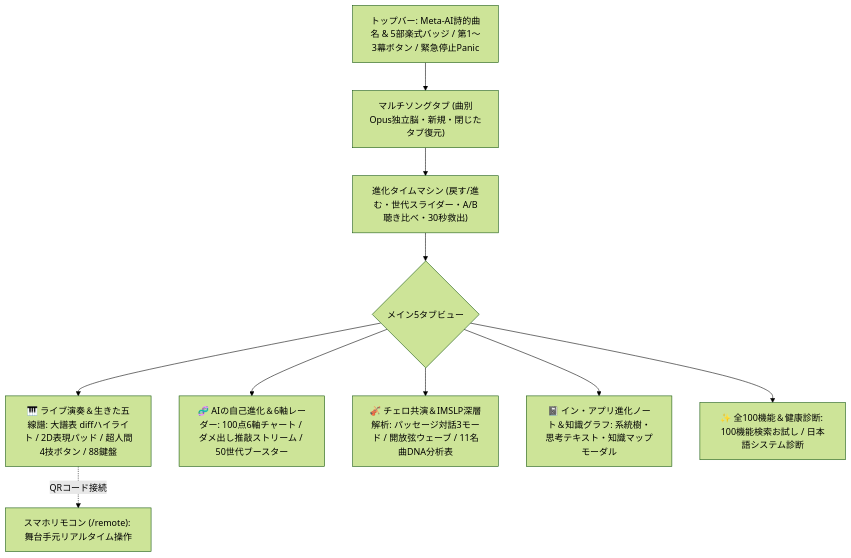
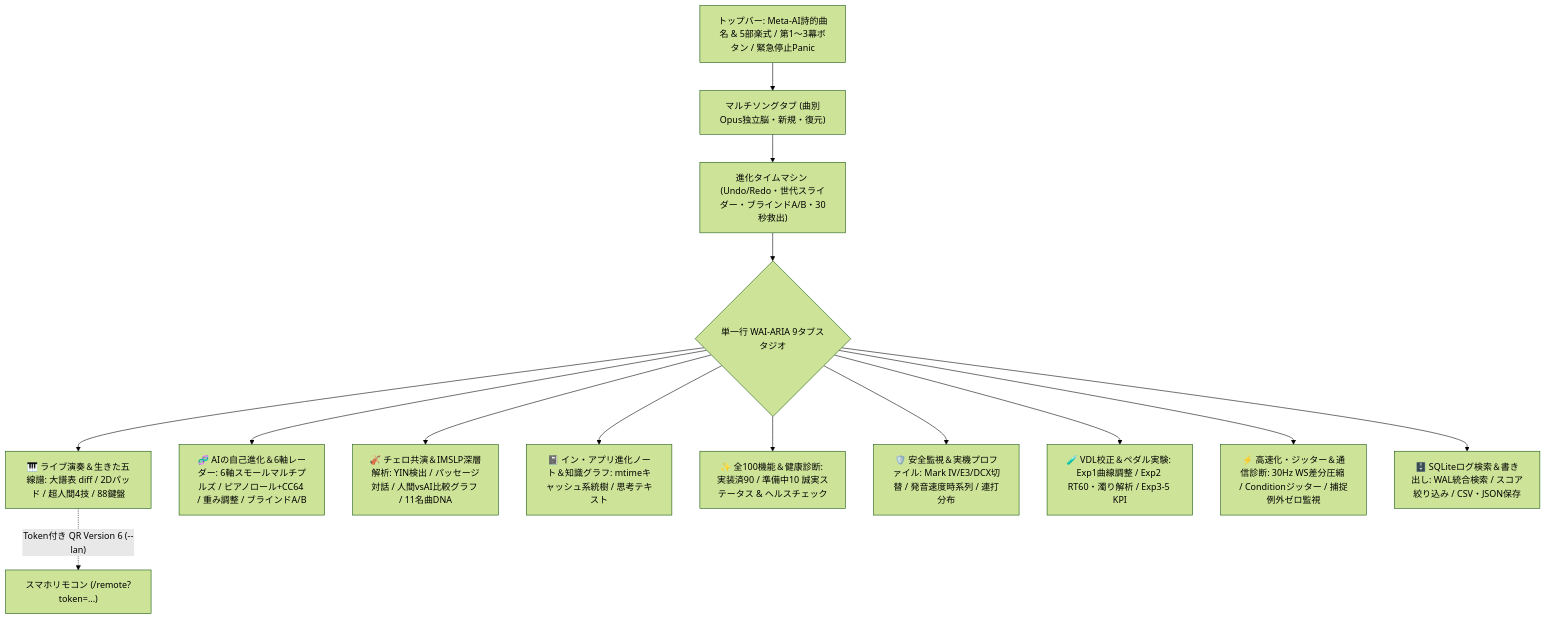
One commit to AI-Avalon/Disklavier-Auto changed the fifth of 5 diagrams in README.md. Above: the diagram before and after it, drawn with Mermaid (forest theme). The commit also changed other lines of this file and 35 other files, not shown here.

````diff
--- a/README.md
+++ b/README.md
@@ -127,12 +127,16 @@
 ```mermaid
 flowchart TD
-    Top["トップバー: Meta-AI詩的曲名 & 5部楽式バッジ / 第1〜3幕ボタン / 緊急停止Panic"] --> Tabs["マルチソングタブ (曲別Opus独立脳・新規・閉じたタブ復元)"]
-    Tabs --> Time["進化タイムマシン (戻す/進む・世代スライダー・A/B聴き比べ・30秒救出)"]
-    Time --> StageView{"メイン5タブビュー"}
-    StageView --> V1["🎹 ライブ演奏＆生きた五線譜: 大譜表 diffハイライト / 2D表現パッド / 超人間4技ボタン / 88鍵盤"]
-    StageView --> V2["🧬 AIの自己進化＆6軸レーダー: 100点6軸チャート / ダメ出し推敲ストリーム / 50世代ブースター"]
-    StageView --> V3["🎻 チェロ共演＆IMSLP深層解析: パッセージ対話3モード / 開放弦ウェーブ / 11名曲DNA分析表"]
-    StageView --> V4["📓 イン・アプリ進化ノート＆知識グラフ: 系統樹・思考テキスト・知識マップモーダル"]
-    StageView --> V5["✨ 全100機能＆健康診断: 100機能検索お試し / 日本語システム診断"]
-    V1 -. "QRコード接続" .-> Remote["スマホリモコン (/remote): 舞台手元リアルタイム操作"]
+    Top["トップバー: Meta-AI詩的曲名 & 5部楽式 / 第1〜3幕ボタン / 緊急停止Panic"] --> Tabs["マルチソングタブ (曲別Opus独立脳・新規・復元)"]
+    Tabs --> Time["進化タイムマシン (Undo/Redo・世代スライダー・ブラインドA/B・30秒救出)"]
+    Time --> StageView{"単一行 WAI-ARIA 9タブスタジオ"}
+    StageView --> V1["🎹 ライブ演奏＆生きた五線譜: 大譜表 diff / 2Dパッド / 超人間4技 / 88鍵盤"]
+    StageView --> V2["🧬 AIの自己進化＆6軸レーダー: 6軸スモールマルチプルズ / ピアノロール+CC64 / 重み調整 / ブラインドA/B"]
+    StageView --> V3["🎻 チェロ共演＆IMSLP深層解析: YIN検出 / パッセージ対話 / 人間vsAI比較グラフ / 11名曲DNA"]
+    StageView --> V4["📓 イン・アプリ進化ノート＆知識グラフ: mtimeキャッシュ系統樹 / 思考テキスト"]
+    StageView --> V5["✨ 全100機能＆健康診断: 実装済90 / 準備中10 誠実ステータス & ヘルスチェック"]
+    StageView --> V6["🛡️ 安全監視＆実機プロファイル: Mark IV/E3/DCX切替 / 発音速度時系列 / 連打分布"]
+    StageView --> V7["🧪 VDL校正＆ペダル実験: Exp1曲線調整 / Exp2 RT60・濁り解析 / Exp3-5 KPI"]
+    StageView --> V8["⚡ 高速化・ジッター＆通信診断: 30Hz WS差分圧縮 / Conditionジッター / 捕捉例外ゼロ監視"]
+    StageView --> V9["🗄️ SQLiteログ検索＆書き出し: WAL統合検索 / スコア絞り込み / CSV・JSON保存"]
+    V1 -. "Token付き QR Version 6 (--lan)" .-> Remote["スマホリモコン (/remote?token=...)"]
 ```
````
